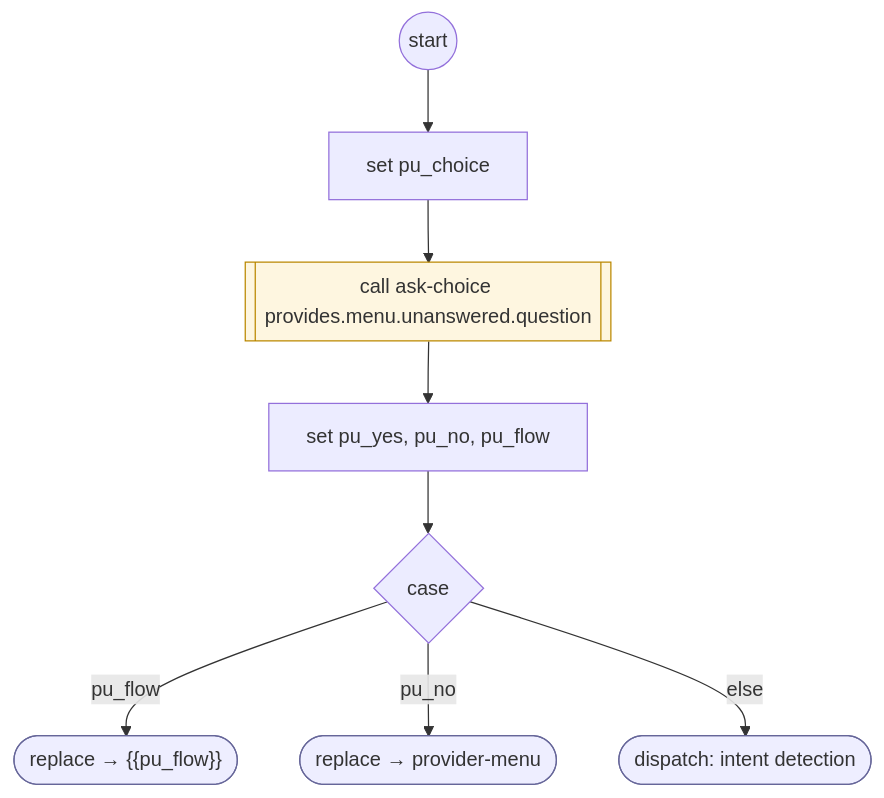
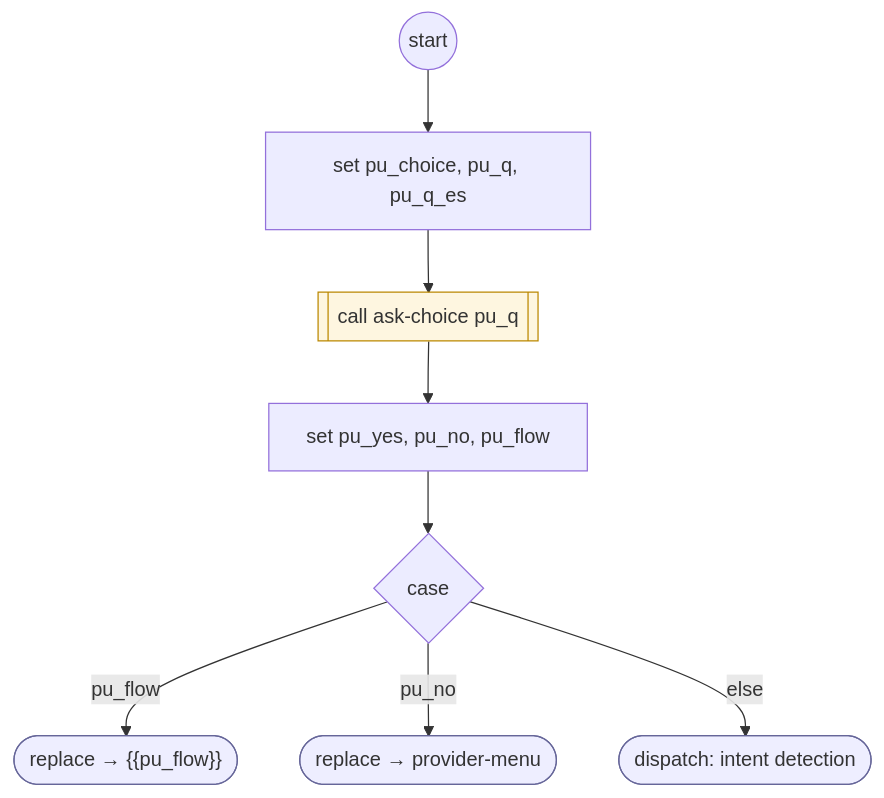
Before and after one commit to ronpinkas/jsfe: the diagram in docs/flows/system/provider-unanswered.md, drawn with Mermaid. The commit also changed other lines of this file and 5 other files, not shown here.

Commit message:
jsfe flows: reference copy of the prod shared sets from AIDevelopment 5f229e0

````diff
--- a/docs/flows/system/provider-unanswered.md
+++ b/docs/flows/system/provider-unanswered.md
@@ -16,26 +16,26 @@
 ```mermaid
 flowchart TD
    START(("start"))
-   n0["set pu_choice"]
+   n0["set pu_choice, pu_q, pu_q_es"]
    START --> n0
-   n1[["call ask-choice provides.menu.unanswered.question"]]
+   n1[["call ask-choice pu_q"]]
    class n1 flowstep
    n0 --> n1
    n2["set pu_yes, pu_no, pu_flow"]
    n1 --> n2
    c3{"case"}
    n2 --> c3
    b4(["replace → #123;#123;pu_flow#125;#125;"])
    class b4 endstep
    c3 -- "pu_flow" --> b4
    b5(["replace → provider-menu"])
    class b5 endstep
    c3 -- "pu_no" --> b5
    b6(["dispatch: intent detection"])
    class b6 endstep
    c3 -- "else" --> b6
    classDef endstep fill:#eef,stroke:#669
    classDef toolstep fill:#efe,stroke:#696
    classDef flowstep fill:#fef6e0,stroke:#b80
    classDef inputstep fill:#f3eefc,stroke:#75a
 ```
````
